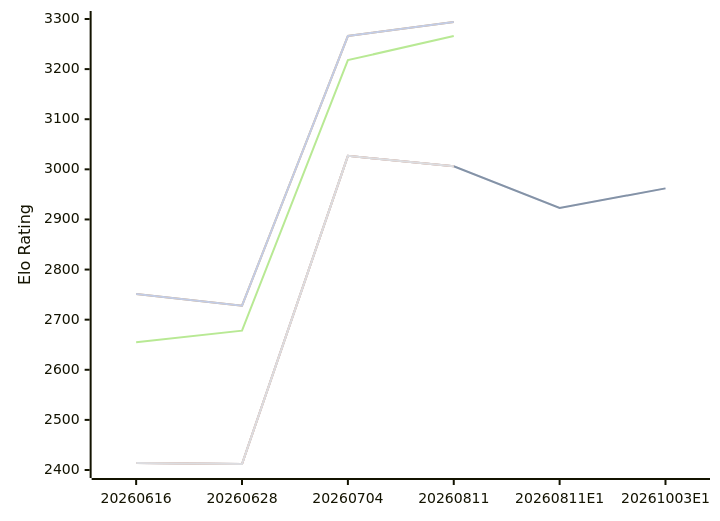
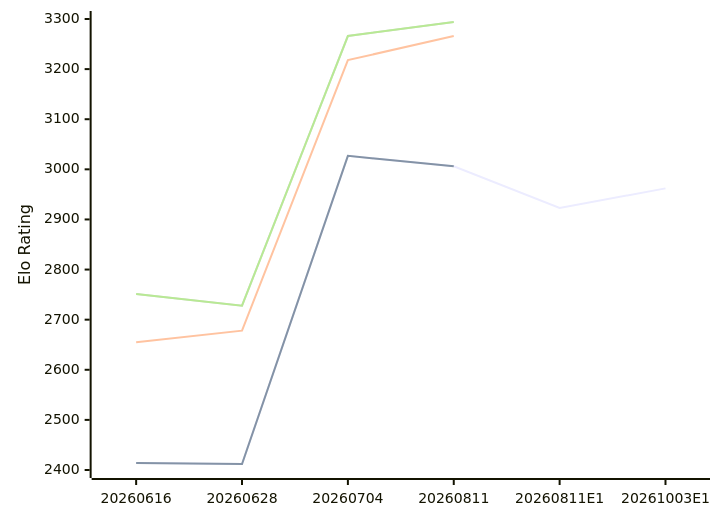
One commit to computer-chess-index/cci changed the diagram in engines/Askaig.md. Above: the diagram before and after it, drawn with Mermaid. The commit also changed other lines of this file, not shown here.

Commit message:
Update CCI Ratings (ELO VLTC) - 2026-10-11

````diff
--- a/engines/Askaig.md
+++ b/engines/Askaig.md
@@ -52,13 +52,11 @@
 ```mermaid
 %%{init: {"theme":"base","themeVariables":{"seriesColors:['#a3a3a3','#222221','#faa371']}}}%%
 xychart-beta
   x-axis ["20260616", "20260628", "20260704", "20260811","20260811E1", "20261003E1"]
   y-axis "Elo Rating" 2400 --> 3300
-  line "" [2414, 2412, 3027, 3006,2923, 2962]
   line "E1: STC (8.0+0.08s)" [2414, 2412, 3027, 3006,2923, 2962]
-  line "" [2414, 2412, 3027, 3006]
   line "T1: STC (8.0+0.08s)" [2414, 2412, 3027, 3006]
   line "T1: LTC (60.0+0.60s)" [2655, 2678, 3218, 3266]
   line "" [2751, 2728, 3266, 3294]
   line "T1: VLTC (2m24s+1.12s)" [2751, 2728, 3266, 3294]
 ```
````
